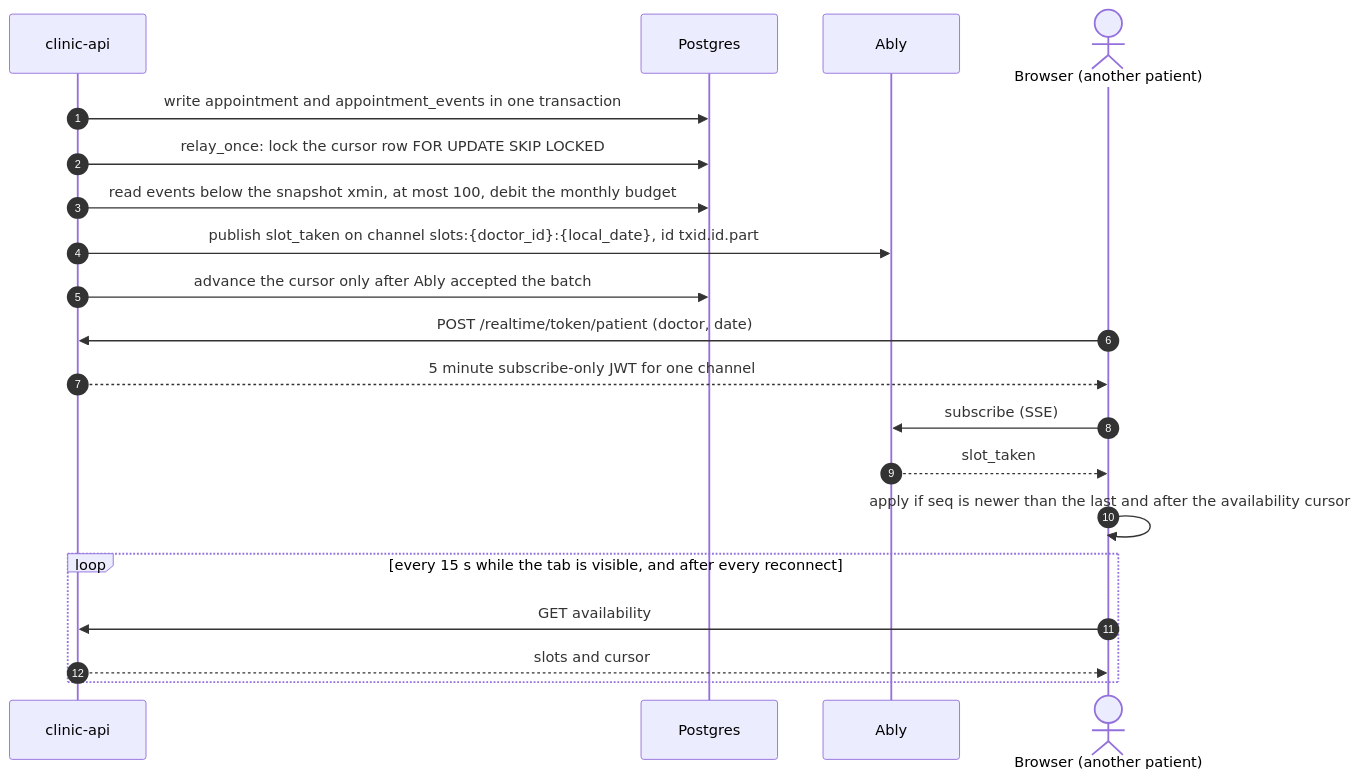
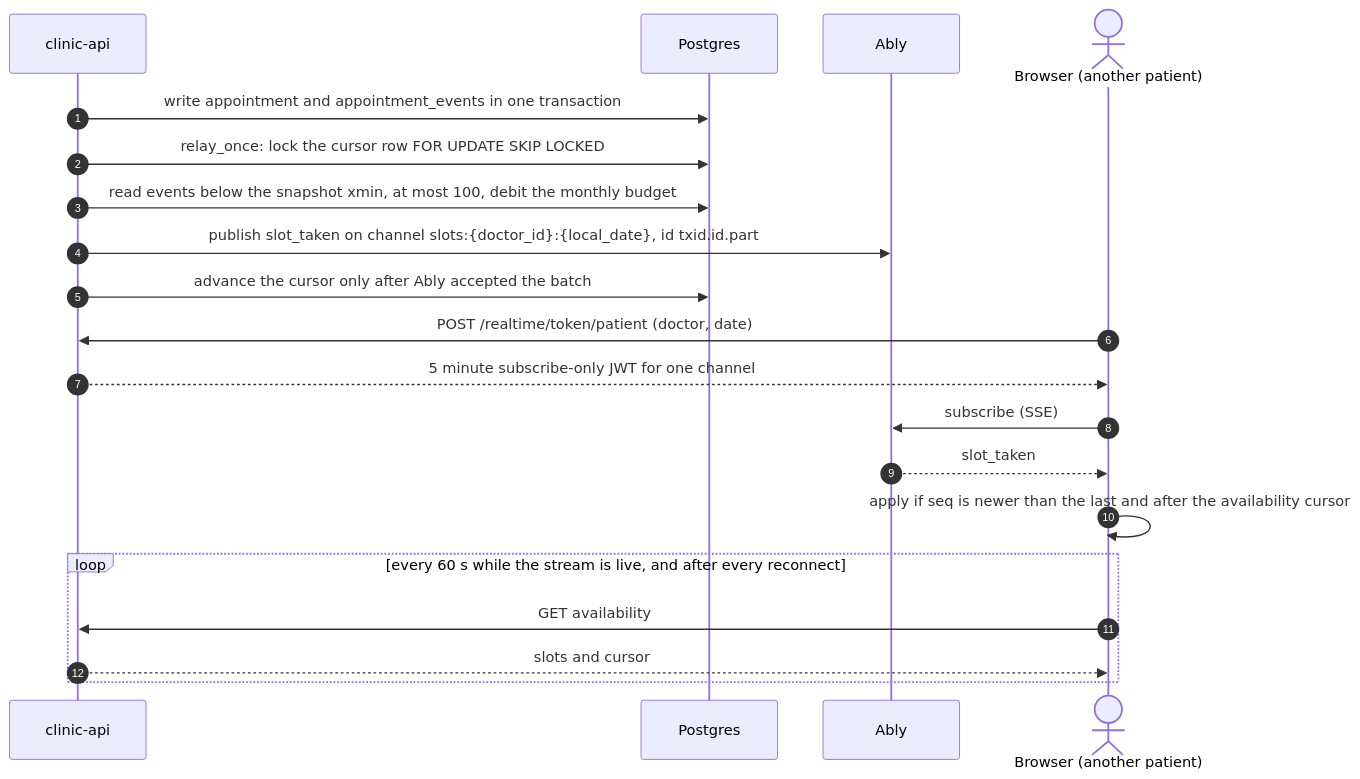
The diagram in apps/booking/diagrams/slot-push.mmd (ericgitangu/clinic-booking), drawn with Mermaid before and after one commit. The commit also changed 15 other files, not shown here.

```diff
--- a/apps/booking/diagrams/slot-push.mmd
+++ b/apps/booking/diagrams/slot-push.mmd
@@ -1,20 +1,20 @@
 sequenceDiagram
   autonumber
   participant A as clinic-api
   participant D as Postgres
   participant L as Ably
   actor B as Browser (another patient)
   A->>D: write appointment and appointment_events in one transaction
   A->>D: relay_once: lock the cursor row FOR UPDATE SKIP LOCKED
   A->>D: read events below the snapshot xmin, at most 100, debit the monthly budget
   A->>L: publish slot_taken on channel slots:{doctor_id}:{local_date}, id txid.id.part
   A->>D: advance the cursor only after Ably accepted the batch
   B->>A: POST /realtime/token/patient (doctor, date)
   A-->>B: 5 minute subscribe-only JWT for one channel
   B->>L: subscribe (SSE)
   L-->>B: slot_taken
   B->>B: apply if seq is newer than the last and after the availability cursor
-  loop every 15 s while the tab is visible, and after every reconnect
+  loop every 60 s while the stream is live, and after every reconnect
     B->>A: GET availability
     A-->>B: slots and cursor
   end
```
